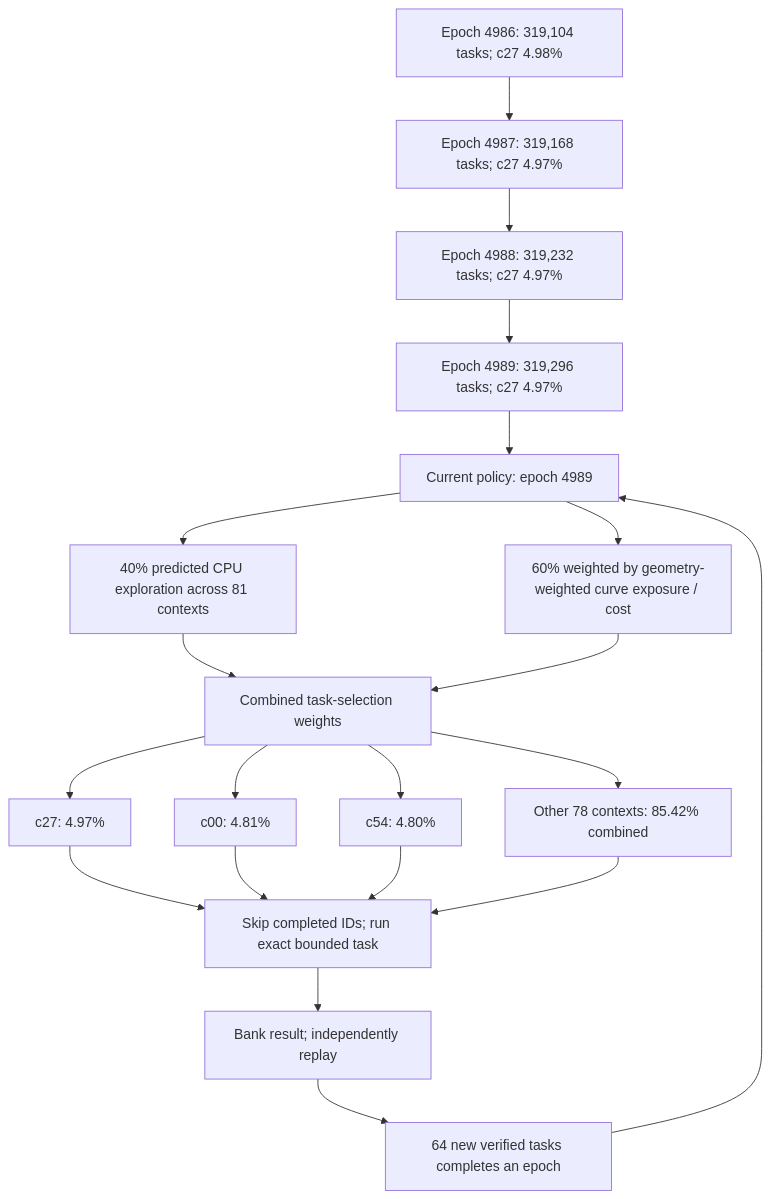
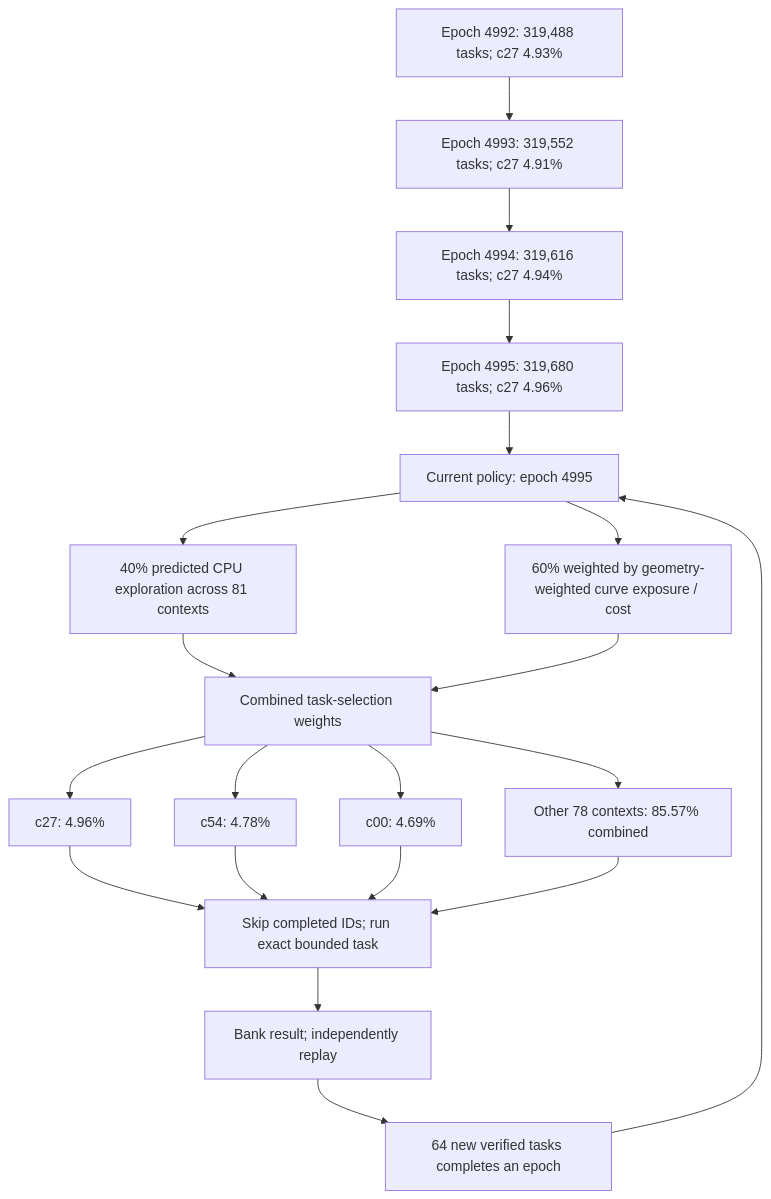
Before and after one commit to Kuberwastaken/math-gambling: the first of 3 diagrams in README.md, drawn with Mermaid. The commit also changed other lines of this file and 1666 other files, not shown here.

````diff
--- a/README.md
+++ b/README.md
@@ -60,27 +60,27 @@
 ```mermaid
 flowchart TD
-    H0["Epoch 4986: 319,104 tasks; c27 4.98%"]
-    H1["Epoch 4987: 319,168 tasks; c27 4.97%"]
+    H0["Epoch 4992: 319,488 tasks; c27 4.93%"]
+    H1["Epoch 4993: 319,552 tasks; c27 4.91%"]
     H0 --> H1
-    H2["Epoch 4988: 319,232 tasks; c27 4.97%"]
+    H2["Epoch 4994: 319,616 tasks; c27 4.94%"]
     H1 --> H2
-    H3["Epoch 4989: 319,296 tasks; c27 4.97%"]
+    H3["Epoch 4995: 319,680 tasks; c27 4.96%"]
     H2 --> H3
-    Policy["Current policy: epoch 4989"]
+    Policy["Current policy: epoch 4995"]
     H3 --> Policy
     Policy --> Explore["40% predicted CPU exploration across 81 contexts"]
     Policy --> Cost["60% weighted by geometry-weighted curve exposure / cost"]
     Explore --> Mix["Combined task-selection weights"]
     Cost --> Mix
-    Mix --> C0["c27: 4.97%"]
-    Mix --> C1["c00: 4.81%"]
-    Mix --> C2["c54: 4.80%"]
-    Mix --> Rest["Other 78 contexts: 85.42% combined"]
+    Mix --> C0["c27: 4.96%"]
+    Mix --> C1["c54: 4.78%"]
+    Mix --> C2["c00: 4.69%"]
+    Mix --> Rest["Other 78 contexts: 85.57% combined"]
     C0 --> Check["Skip completed IDs; run exact bounded task"]
     C1 --> Check
     C2 --> Check
     Rest --> Check
     Check --> Replay["Bank result; independently replay"]
     Replay --> Gate["64 new verified tasks completes an epoch"]
     Gate --> Policy
 ```
````
